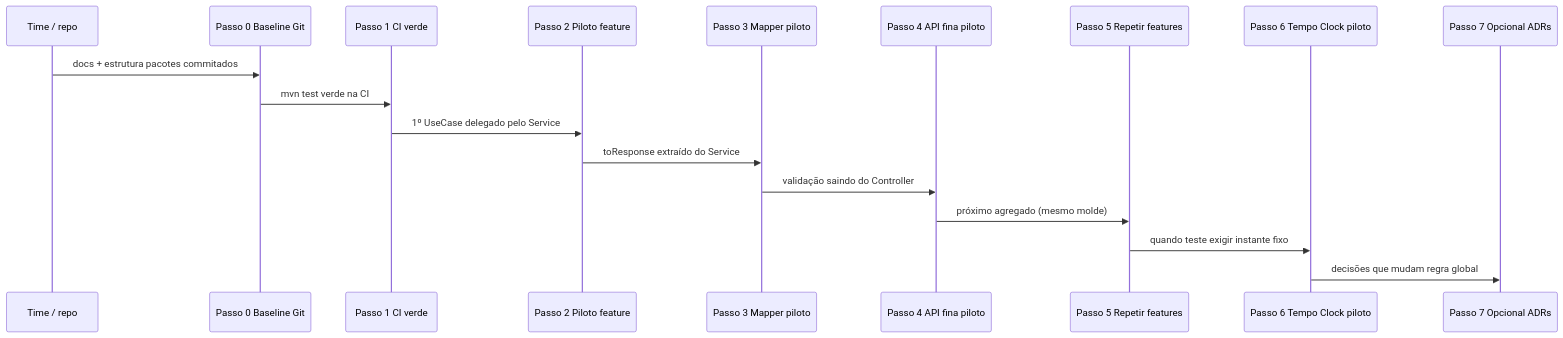
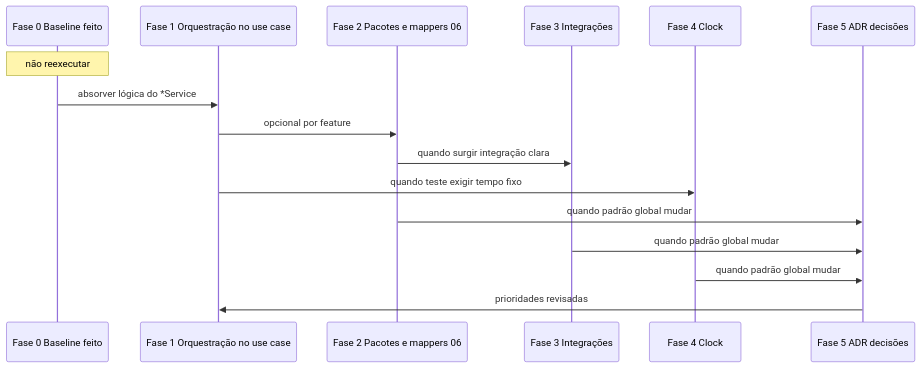
One commit to Felipendev/agencia-hub-api changed the diagram in docs/architecture/04-incremental-refactoring-roadmap.md. Above: the diagram before and after it, drawn with Mermaid. The commit also changed other lines of this file and 4 other files, not shown here.

First line of the commit message:
docs(04): fases 1-5 pós-baseline; alinhar 05, 06, 00 e ADR 0004

````diff
--- a/docs/architecture/04-incremental-refactoring-roadmap.md
+++ b/docs/architecture/04-incremental-refactoring-roadmap.md
@@ -41,21 +27,19 @@
 ```mermaid
 sequenceDiagram
-    participant T as Time / repo
-    participant P0 as Passo 0 Baseline Git
-    participant P1 as Passo 1 CI verde
-    participant P2 as Passo 2 Piloto feature
-    participant P3 as Passo 3 Mapper piloto
-    participant P4 as Passo 4 API fina piloto
-    participant P5 as Passo 5 Repetir features
-    participant P6 as Passo 6 Tempo Clock piloto
-    participant P7 as Passo 7 Opcional ADRs
+    participant F0 as Fase 0 Baseline feito
+    participant F1 as Fase 1 Orquestração no use case
+    participant F2 as Fase 2 Pacotes e mappers 06
+    participant F3 as Fase 3 Integrações
+    participant F4 as Fase 4 Clock
+    participant F5 as Fase 5 ADR decisões
 
-    T->>P0: docs + estrutura pacotes commitados
-    P0->>P1: mvn test verde na CI
-    P1->>P2: 1º UseCase delegado pelo Service
-    P2->>P3: toResponse extraído do Service
-    P3->>P4: validação saindo do Controller
-    P4->>P5: próximo agregado (mesmo molde)
-    P5->>P6: quando teste exigir instante fixo
-    P6->>P7: decisões que mudam regra global
+    Note over F0: não reexecutar
+    F0->>F1: absorver lógica do *Service
+    F1->>F2: opcional por feature
+    F2->>F3: quando surgir integração clara
+    F1->>F4: quando teste exigir tempo fixo
+    F2->>F5: quando padrão global mudar
+    F3->>F5: quando padrão global mudar
+    F4->>F5: quando padrão global mudar
+    F5->>F1: prioridades revisadas
 ```
````
